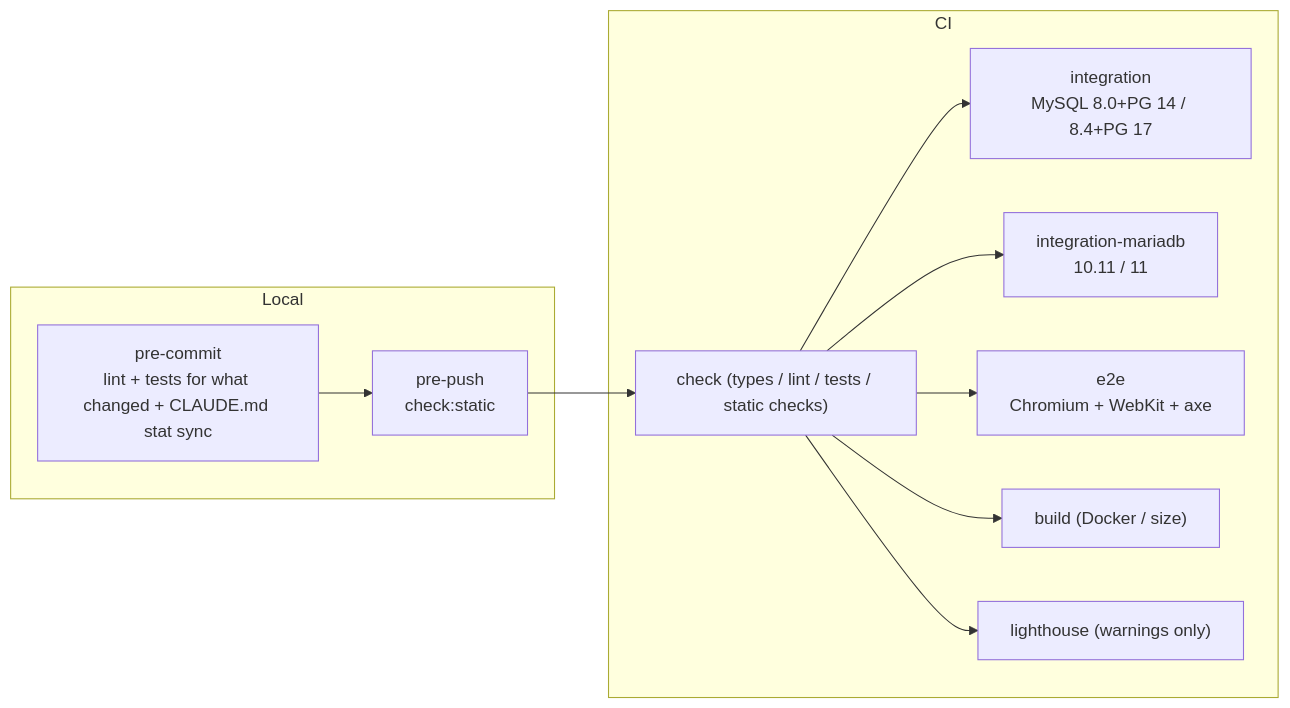
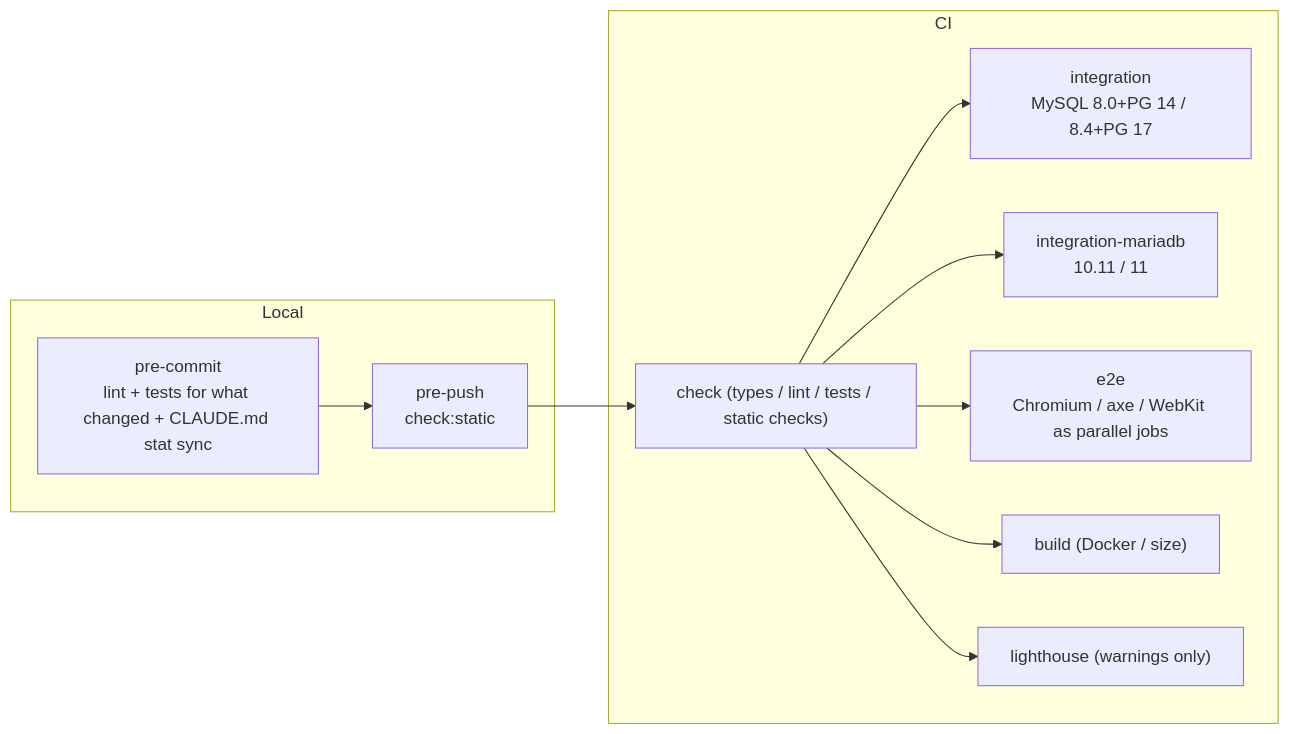
Diagram 11 of 11 in docs/en/architecture.md (ip-san/tsmyadmin), drawn with Mermaid before and after one commit. The commit also changed other lines of this file and 5 other files, not shown here.

````diff
--- a/docs/en/architecture.md
+++ b/docs/en/architecture.md
@@ -312,16 +312,16 @@
 ```mermaid
 flowchart LR
   subgraph local["Local"]
     pc["pre-commit<br/>lint + tests for what changed + CLAUDE.md stat sync"] --> pp["pre-push<br/>check:static"]
   end
   subgraph ci["CI"]
     chk["check (types / lint / tests / static checks)"]
     int["integration<br/>MySQL 8.0+PG 14 / 8.4+PG 17"]
     ma["integration-mariadb<br/>10.11 / 11"]
-    e2e["e2e<br/>Chromium + WebKit + axe"]
+    e2e["e2e<br/>Chromium / axe / WebKit as parallel jobs"]
     build["build (Docker / size)"]
     lh["lighthouse (warnings only)"]
     chk --> int & ma & e2e & build & lh
   end
   pp --> chk
 ```
````
